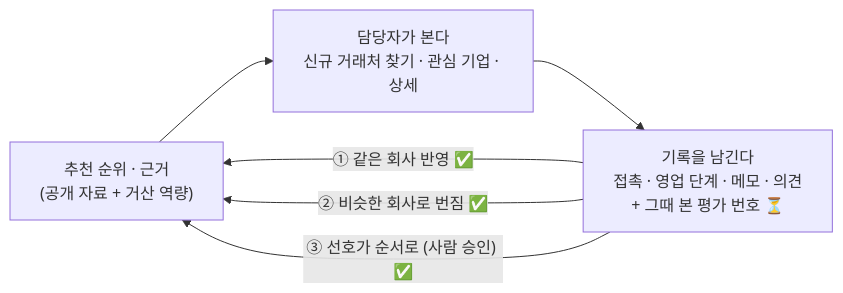
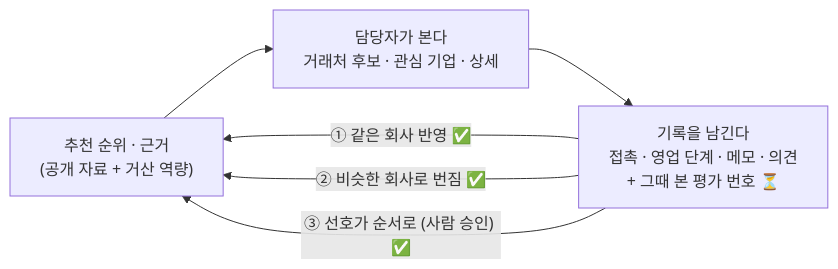
One commit to agent-ddalgi-team/final-geosan changed the third of 4 diagrams in docs/map/feature-map.md. Above: the diagram before and after it, drawn with Mermaid. The commit also changed other lines of this file and 5 other files, not shown here.

````diff
--- a/docs/map/feature-map.md
+++ b/docs/map/feature-map.md
@@ -149,8 +149,8 @@
 ```mermaid
 flowchart LR
-    R["추천 순위 · 근거<br/>(공개 자료 + 거산 역량)"] --> U["담당자가 본다<br/>신규 거래처 찾기 · 관심 기업 · 상세"]
+    R["추천 순위 · 근거<br/>(공개 자료 + 거산 역량)"] --> U["담당자가 본다<br/>거래처 후보 · 관심 기업 · 상세"]
     U --> W["기록을 남긴다<br/>접촉 · 영업 단계 · 메모 · 의견<br/>+ 그때 본 평가 번호 ⏳"]
     W -->|"① 같은 회사 반영 ✅"| R
     W -->|"② 비슷한 회사로 번짐 ✅"| R
     W -->|"③ 선호가 순서로 (사람 승인) ✅"| R
 ```
````
